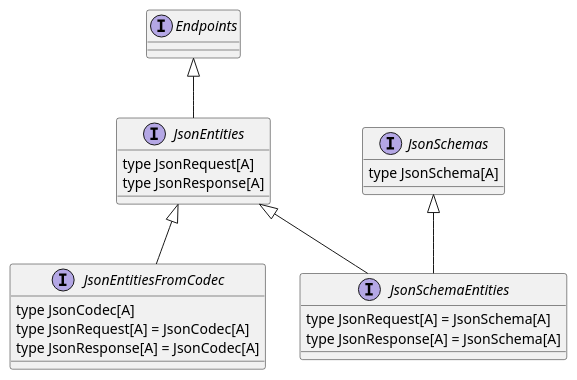
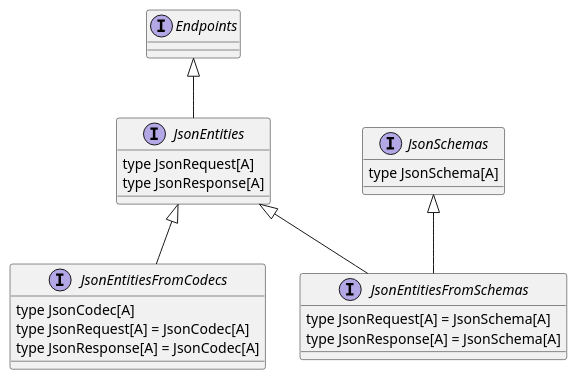
Before and after one commit to endpoints4s/endpoints4s: the diagram in documentation/manual/src/doc/guides/json-entities.plantuml, drawn with PlantUML. The commit also changed 73 other files, not shown here.

```diff
--- a/documentation/manual/src/doc/guides/json-entities.plantuml
+++ b/documentation/manual/src/doc/guides/json-entities.plantuml
@@ -1,23 +1,23 @@
 @startuml
 interface Endpoints
 interface JsonEntities {
   type JsonRequest[A]
   type JsonResponse[A]
 }
 interface JsonSchemas {
   type JsonSchema[A]
 }
-interface JsonEntitiesFromCodec {
+interface JsonEntitiesFromCodecs {
   type JsonCodec[A]
   type JsonRequest[A] = JsonCodec[A]
   type JsonResponse[A] = JsonCodec[A]
 }
-interface JsonSchemaEntities {
+interface JsonEntitiesFromSchemas {
   type JsonRequest[A] = JsonSchema[A]
   type JsonResponse[A] = JsonSchema[A]
 }
 Endpoints <|-- JsonEntities
-JsonEntities <|-- JsonSchemaEntities
-JsonSchemas <|-- JsonSchemaEntities
-JsonEntities <|-- JsonEntitiesFromCodec
+JsonEntities <|-- JsonEntitiesFromSchemas
+JsonSchemas <|-- JsonEntitiesFromSchemas
+JsonEntities <|-- JsonEntitiesFromCodecs
 @enduml
```
